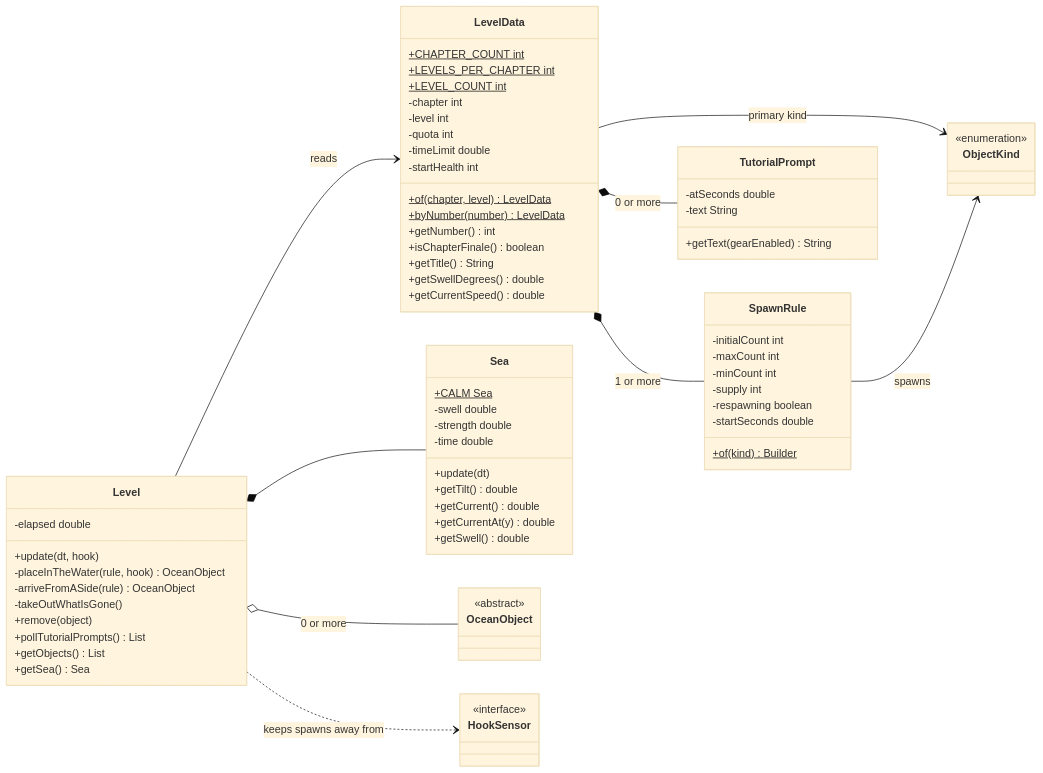
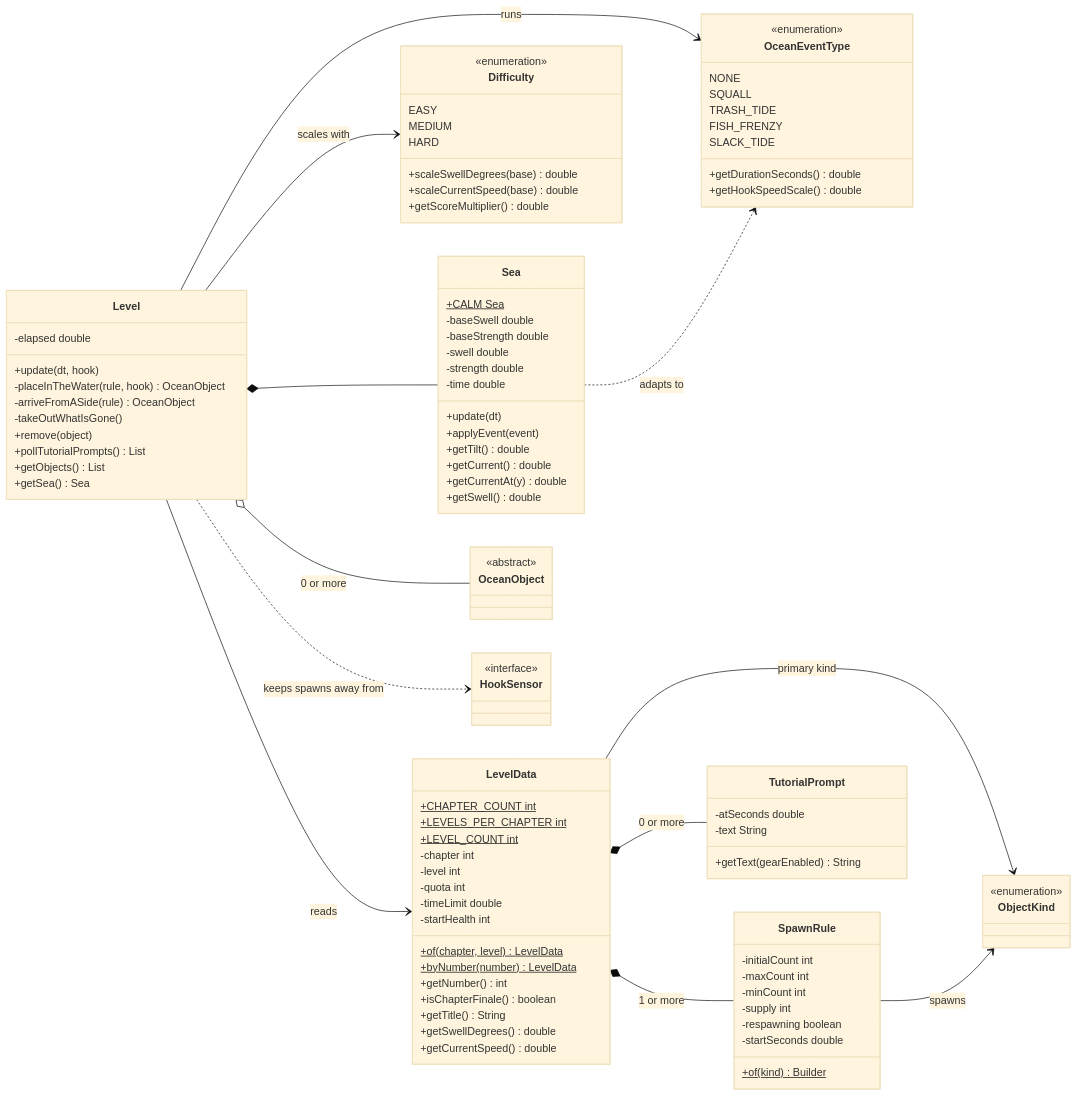
One commit to NJJAV33/Fish2trash changed the third of 7 diagrams in docs/class-diagram.md. Above: the diagram before and after it, drawn with Mermaid (base theme). The commit also changed other lines of this file and 30 other files, not shown here.

Commit message:
feat: add difficulty levels, catch combo streaks, and ocean events

```diff
--- a/docs/class-diagram.md
+++ b/docs/class-diagram.md
@@ -363,12 +363,36 @@
         +getCurrentSpeed() double
     }
 
+    class Difficulty {
+        <<enumeration>>
+        EASY
+        MEDIUM
+        HARD
+        +scaleSwellDegrees(base) double
+        +scaleCurrentSpeed(base) double
+        +getScoreMultiplier() double
+    }
+
+    class OceanEventType {
+        <<enumeration>>
+        NONE
+        SQUALL
+        TRASH_TIDE
+        FISH_FRENZY
+        SLACK_TIDE
+        +getDurationSeconds() double
+        +getHookSpeedScale() double
+    }
+
     class Sea {
         +CALM Sea$
+        -baseSwell double
+        -baseStrength double
         -swell double
         -strength double
         -time double
         +update(dt)
+        +applyEvent(event)
         +getTilt() double
         +getCurrent() double
         +getCurrentAt(y) double
@@ -420,6 +444,9 @@
     LevelData --> ObjectKind : primary kind
     SpawnRule --> ObjectKind : spawns
     Level --> LevelData : reads
+    Level --> Difficulty : scales with
+    Level --> OceanEventType : runs
+    Sea ..> OceanEventType : adapts to
     Level o-- OceanObject : 0 or more
     Level *-- Sea
     Level ..> HookSensor : keeps spawns away from
```
